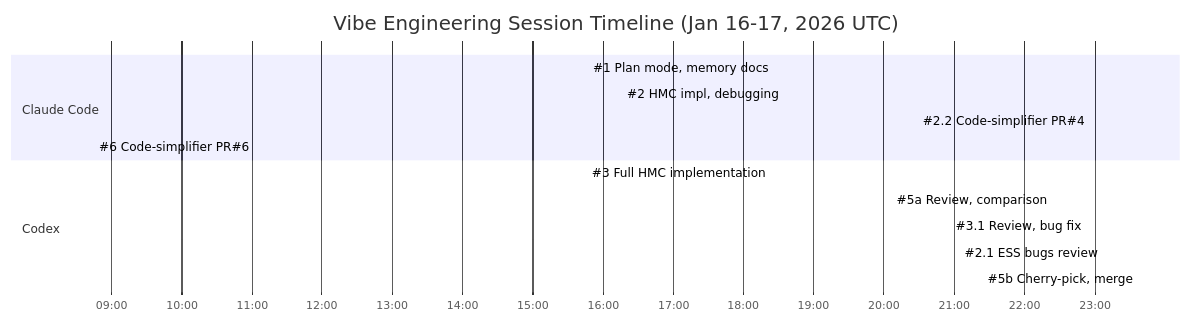
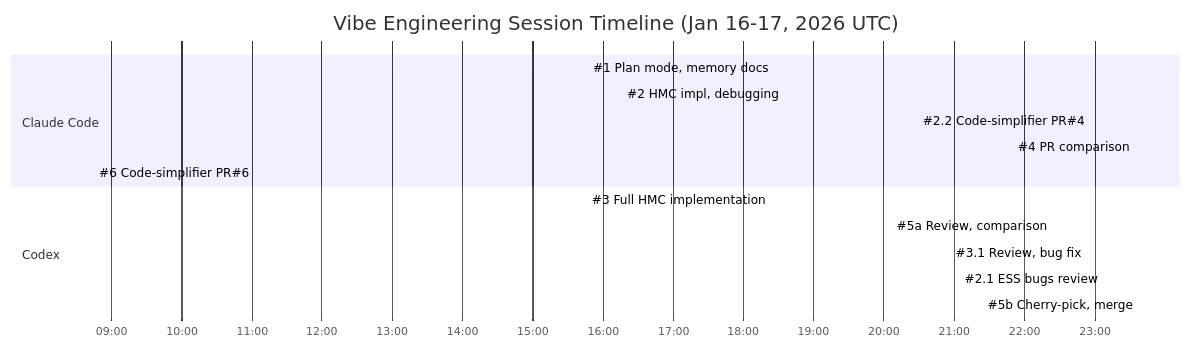
One commit to StefanSko/jax-js-mcmc changed the diagram in docs/vibe-engineering-workflow.md. Above: the diagram before and after it, drawn with Mermaid. The commit also changed other lines of this file and 3 other files, not shown here.

````diff
--- a/docs/vibe-engineering-workflow.md
+++ b/docs/vibe-engineering-workflow.md
@@ -99,19 +101,20 @@
 ```mermaid
 gantt
     title Vibe Engineering Session Timeline (Jan 16-17, 2026 UTC)
     dateFormat HH:mm
     axisFormat %H:%M
 
     section Claude Code
     #1 Plan mode, memory docs     :cc1, 15:47, 27min
     #2 HMC impl, debugging        :cc2, 16:16, 10min
     #2.2 Code-simplifier PR#4     :cc22, 22:57, 11min
+    #4 PR comparison              :cc4, 23:35, 897min
     #6 Code-simplifier PR#6       :cc6, 08:45, 258min
 
     section Codex
     #3 Full HMC implementation    :cx3, 15:46, 415min
     #5a Review, comparison        :cx5a, 22:25, 76min
     #3.1 Review, bug fix          :cx31, 22:54, 31min
     #2.1 ESS bugs review          :cx21, 23:08, 25min
     #5b Cherry-pick, merge        :cx5b, 23:38, 632min
 ```
````
